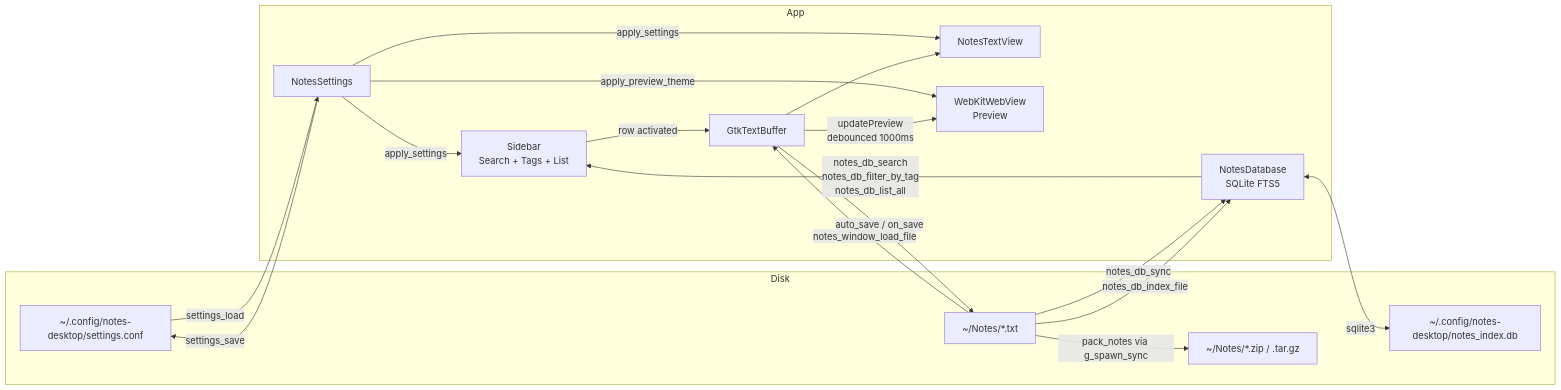
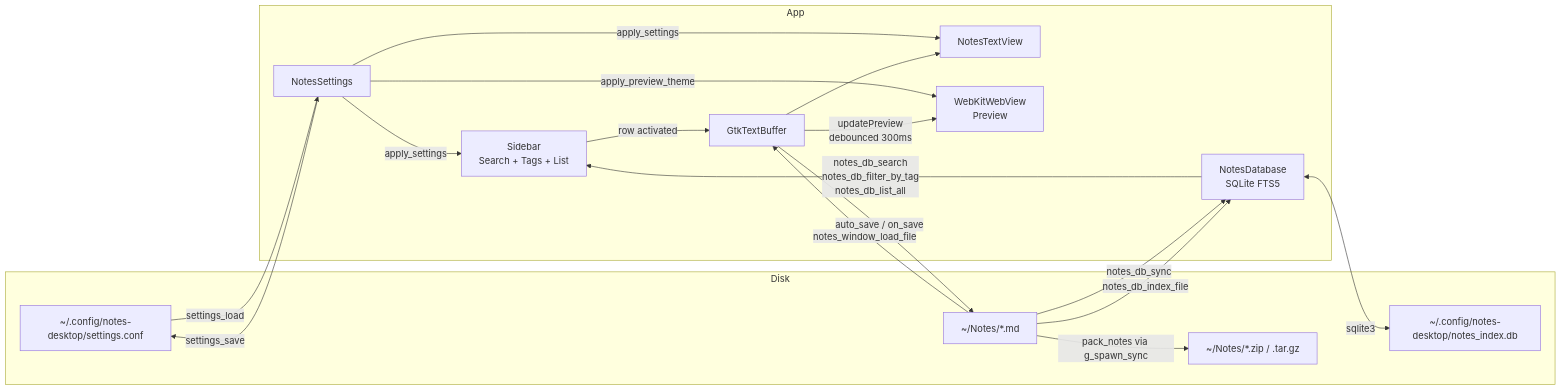
The fourth of 7 diagrams in docs/diagrams.md (dkrse/notes-desktop), drawn with Mermaid before and after one commit. The commit also changed other lines of this file and 8 other files, not shown here.

````diff
--- a/docs/diagrams.md
+++ b/docs/diagrams.md
@@ -151,37 +153,37 @@
 ```mermaid
 flowchart LR
     subgraph Disk
         CF[~/.config/notes-desktop/settings.conf]
         DB[~/.config/notes-desktop/notes_index.db]
-        NF[~/Notes/*.txt]
+        NF[~/Notes/*.md]
         AR[~/Notes/*.zip / .tar.gz]
     end
 
     subgraph App
         S[NotesSettings]
         IDX[NotesDatabase<br/>SQLite FTS5]
         B[GtkTextBuffer]
         TV[NotesTextView]
         PV[WebKitWebView<br/>Preview]
         SB[Sidebar<br/>Search + Tags + List]
     end
 
     CF -->|settings_load| S
     S -->|settings_save| CF
 
     NF -->|notes_db_sync| IDX
     NF -->|notes_window_load_file| B
     B -->|auto_save / on_save| NF
     NF -->|notes_db_index_file| IDX
     NF -->|pack_notes via g_spawn_sync| AR
 
     IDX -->|notes_db_search<br/>notes_db_filter_by_tag<br/>notes_db_list_all| SB
     IDX <-->|sqlite3| DB
 
     S -->|apply_settings| TV
     S -->|apply_settings| SB
     S -->|apply_preview_theme| PV
     B --> TV
-    B -->|updatePreview<br/>debounced 1000ms| PV
+    B -->|updatePreview<br/>debounced 300ms| PV
     SB -->|row activated| B
 ```
````
